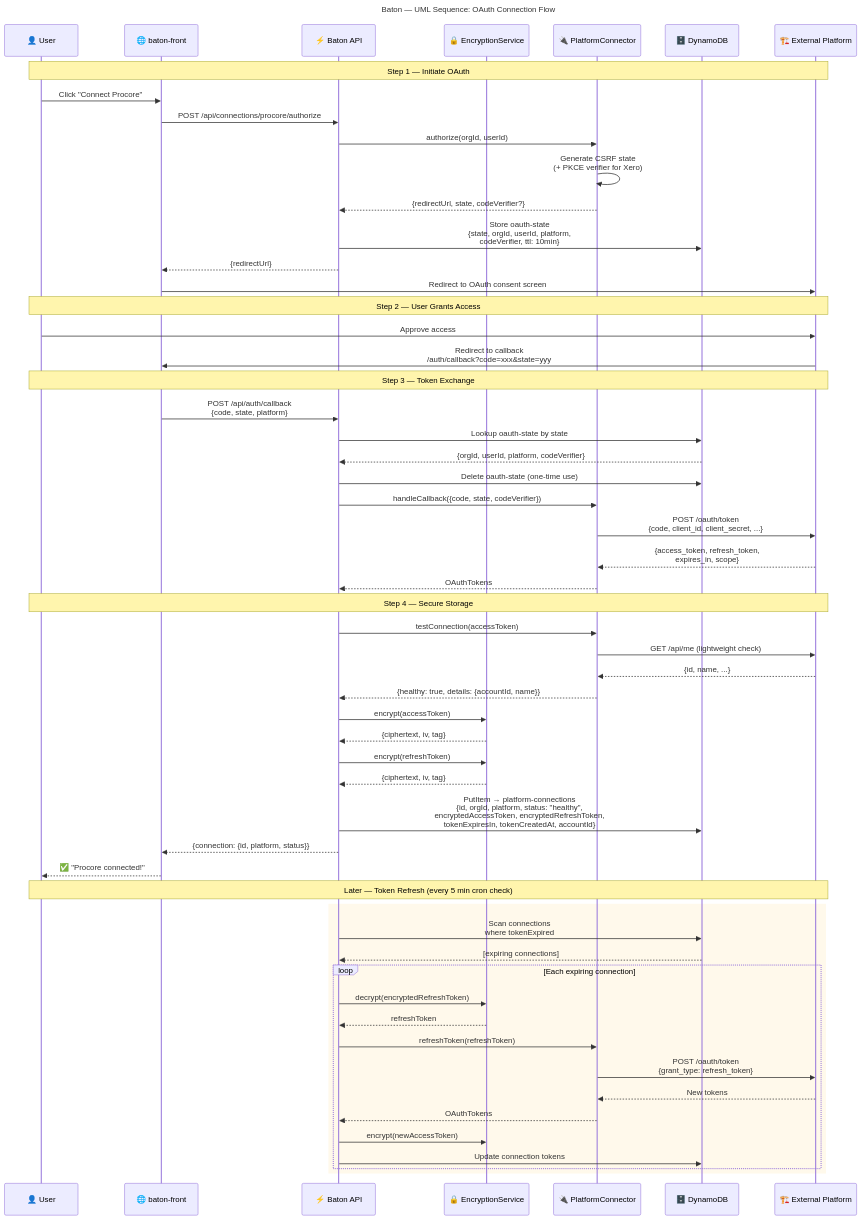
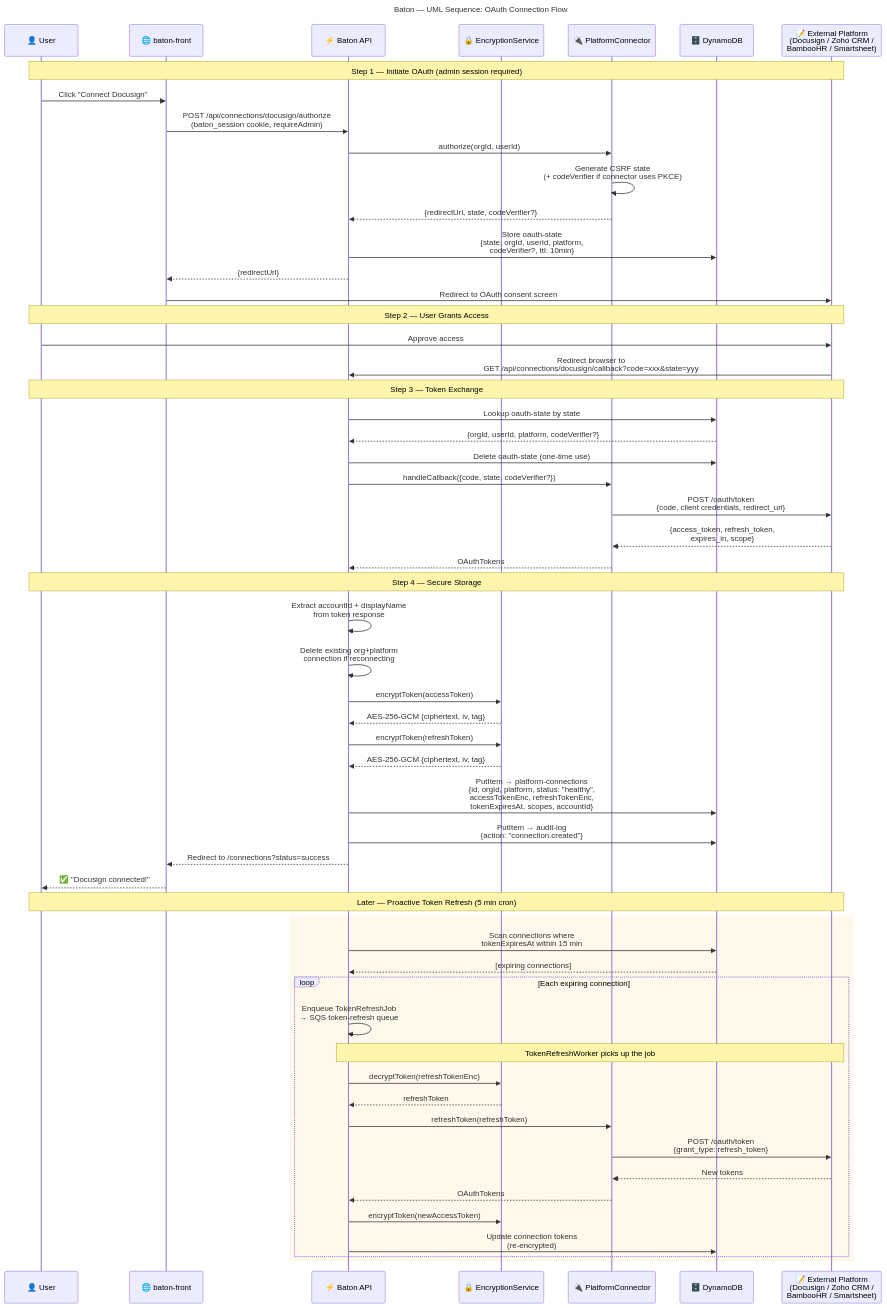
One commit to docufluidlabs/baton-core changed the diagram in baton/docs/uml-sequence-oauth.mermaid. Above: the diagram before and after it, drawn with Mermaid. The commit also changed 7 other files, not shown here.

First line of the commit message:
Redraw the architecture diagrams to match the shipped code

```diff
--- a/baton/docs/uml-sequence-oauth.mermaid
+++ b/baton/docs/uml-sequence-oauth.mermaid
@@ -1,73 +1,73 @@
 ---
 title: "Baton — UML Sequence: OAuth Connection Flow"
 ---
 sequenceDiagram
     participant User as 👤 User
     participant Frontend as 🌐 baton-front
     participant API as ⚡ Baton API
     participant Encrypt as 🔒 EncryptionService
     participant Connector as 🔌 PlatformConnector
     participant DynamoDB as 🗄️ DynamoDB
-    participant Platform as 🏗️ External Platform
+    participant Platform as 📝 External Platform<br/>(Docusign / Zoho CRM /<br/>BambooHR / Smartsheet)
 
-    Note over User,Platform: Step 1 — Initiate OAuth
+    Note over User,Platform: Step 1 — Initiate OAuth (admin session required)
 
-    User->>Frontend: Click "Connect Procore"
-    Frontend->>API: POST /api/connections/procore/authorize
+    User->>Frontend: Click "Connect Docusign"
+    Frontend->>API: POST /api/connections/docusign/authorize<br/>(baton_session cookie, requireAdmin)
     API->>Connector: authorize(orgId, userId)
-    Connector->>Connector: Generate CSRF state<br/>(+ PKCE verifier for Xero)
+    Connector->>Connector: Generate CSRF state<br/>(+ codeVerifier if connector uses PKCE)
     Connector-->>API: {redirectUrl, state, codeVerifier?}
-    API->>DynamoDB: Store oauth-state<br/>{state, orgId, userId, platform,<br/>codeVerifier, ttl: 10min}
+    API->>DynamoDB: Store oauth-state<br/>{state, orgId, userId, platform,<br/>codeVerifier?, ttl: 10min}
     API-->>Frontend: {redirectUrl}
     Frontend->>Platform: Redirect to OAuth consent screen
 
     Note over User,Platform: Step 2 — User Grants Access
 
     User->>Platform: Approve access
-    Platform->>Frontend: Redirect to callback<br/>/auth/callback?code=xxx&state=yyy
+    Platform->>API: Redirect browser to<br/>GET /api/connections/docusign/callback?code=xxx&state=yyy
 
     Note over User,Platform: Step 3 — Token Exchange
 
-    Frontend->>API: POST /api/auth/callback<br/>{code, state, platform}
     API->>DynamoDB: Lookup oauth-state by state
-    DynamoDB-->>API: {orgId, userId, platform, codeVerifier}
+    DynamoDB-->>API: {orgId, userId, platform, codeVerifier?}
     API->>DynamoDB: Delete oauth-state (one-time use)
 
-    API->>Connector: handleCallback({code, state, codeVerifier})
-    Connector->>Platform: POST /oauth/token<br/>{code, client_id, client_secret, ...}
+    API->>Connector: handleCallback({code, state, codeVerifier?})
+    Connector->>Platform: POST /oauth/token<br/>{code, client credentials, redirect_uri}
     Platform-->>Connector: {access_token, refresh_token,<br/>expires_in, scope}
     Connector-->>API: OAuthTokens
 
     Note over User,Platform: Step 4 — Secure Storage
 
-    API->>Connector: testConnection(accessToken)
-    Connector->>Platform: GET /api/me (lightweight check)
-    Platform-->>Connector: {id, name, ...}
-    Connector-->>API: {healthy: true, details: {accountId, name}}
+    API->>API: Extract accountId + displayName<br/>from token response
+    API->>API: Delete existing org+platform<br/>connection if reconnecting
 
-    API->>Encrypt: encrypt(accessToken)
-    Encrypt-->>API: {ciphertext, iv, tag}
-    API->>Encrypt: encrypt(refreshToken)
-    Encrypt-->>API: {ciphertext, iv, tag}
+    API->>Encrypt: encryptToken(accessToken)
+    Encrypt-->>API: AES-256-GCM {ciphertext, iv, tag}
+    API->>Encrypt: encryptToken(refreshToken)
+    Encrypt-->>API: AES-256-GCM {ciphertext, iv, tag}
 
-    API->>DynamoDB: PutItem → platform-connections<br/>{id, orgId, platform, status: "healthy",<br/>encryptedAccessToken, encryptedRefreshToken,<br/>tokenExpiresIn, tokenCreatedAt, accountId}
+    API->>DynamoDB: PutItem → platform-connections<br/>{id, orgId, platform, status: "healthy",<br/>accessTokenEnc, refreshTokenEnc,<br/>tokenExpiresAt, scopes, accountId}
+    API->>DynamoDB: PutItem → audit-log<br/>{action: "connection.created"}
 
-    API-->>Frontend: {connection: {id, platform, status}}
-    Frontend-->>User: ✅ "Procore connected!"
+    API-->>Frontend: Redirect to /connections?status=success
+    Frontend-->>User: ✅ "Docusign connected!"
 
-    Note over User,Platform: Later — Token Refresh (every 5 min cron check)
+    Note over User,Platform: Later — Proactive Token Refresh (5 min cron)
 
     rect rgb(255, 249, 235)
-        API->>DynamoDB: Scan connections<br/>where tokenExpired
+        API->>DynamoDB: Scan connections where<br/>tokenExpiresAt within 15 min
         DynamoDB-->>API: [expiring connections]
         loop Each expiring connection
-            API->>Encrypt: decrypt(encryptedRefreshToken)
+            API->>API: Enqueue TokenRefreshJob<br/>→ SQS token-refresh queue
+            Note over API,Platform: TokenRefreshWorker picks up the job
+            API->>Encrypt: decryptToken(refreshTokenEnc)
             Encrypt-->>API: refreshToken
             API->>Connector: refreshToken(refreshToken)
             Connector->>Platform: POST /oauth/token<br/>{grant_type: refresh_token}
             Platform-->>Connector: New tokens
             Connector-->>API: OAuthTokens
-            API->>Encrypt: encrypt(newAccessToken)
-            API->>DynamoDB: Update connection tokens
+            API->>Encrypt: encryptToken(newAccessToken)
+            API->>DynamoDB: Update connection tokens<br/>(re-encrypted)
         end
     end
```
